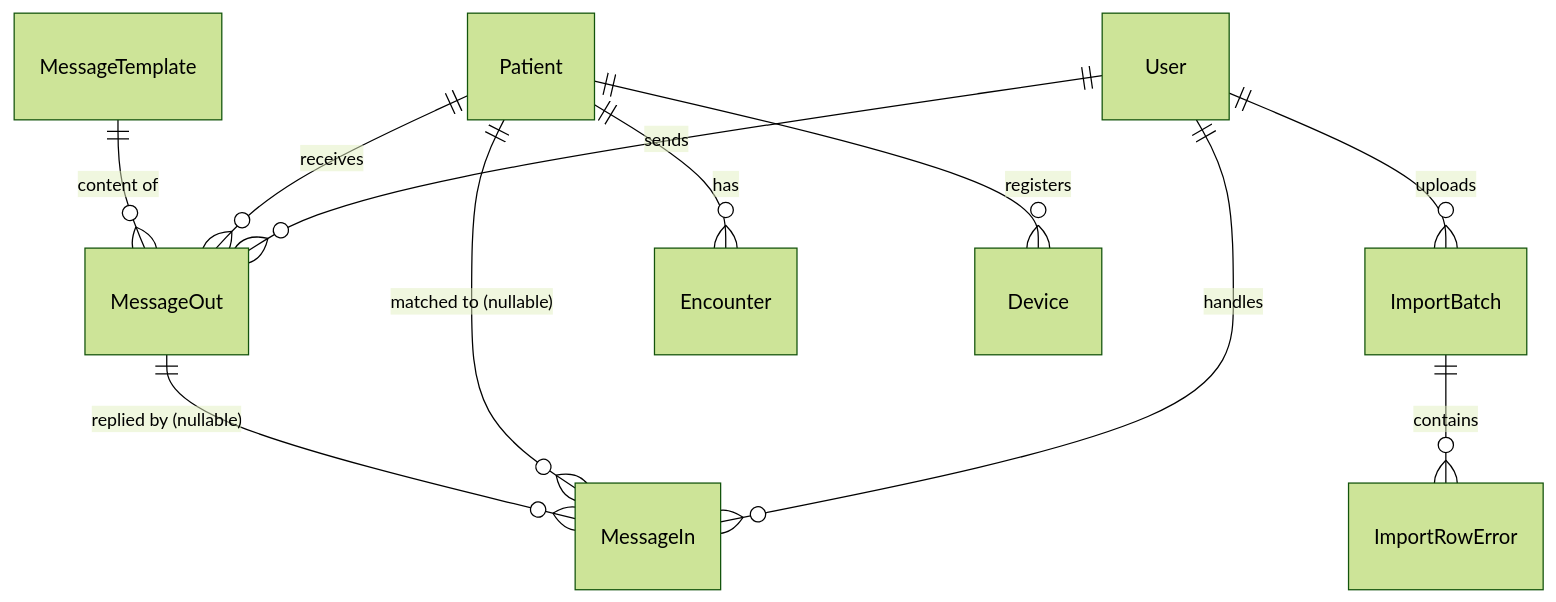
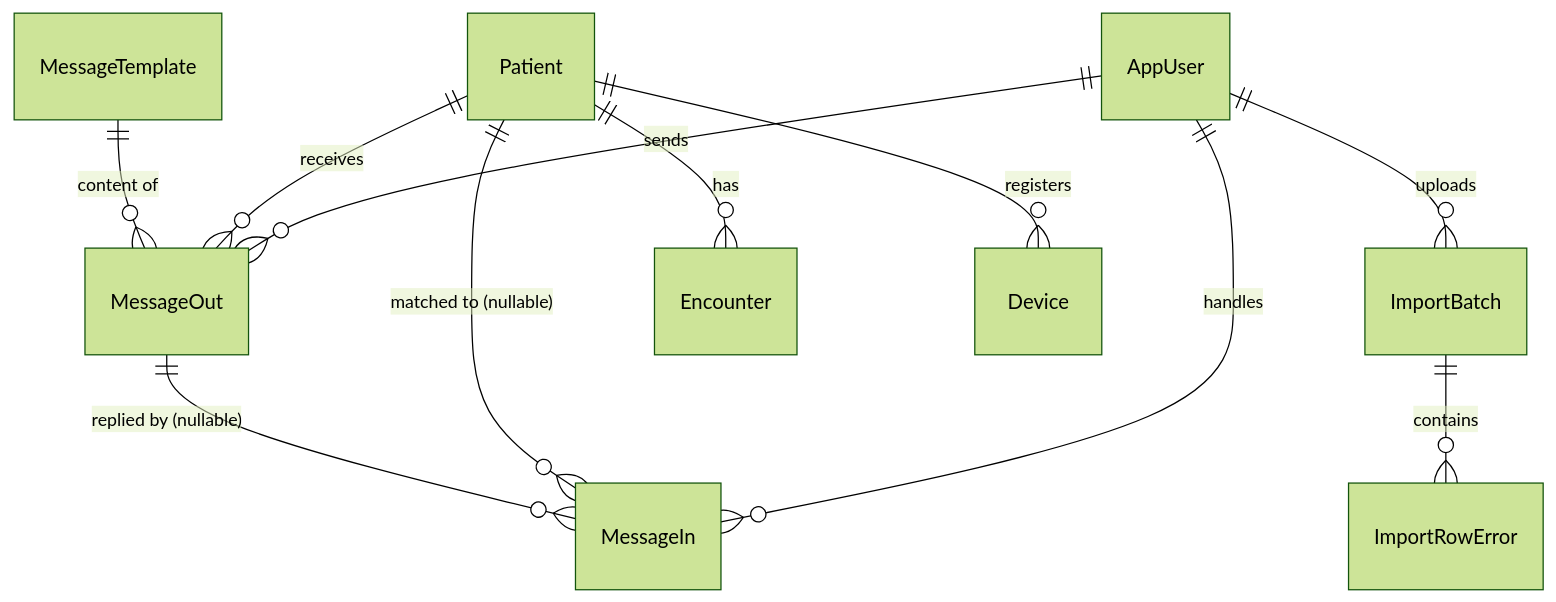
Before and after one commit to andyaaron/sona: the diagram in docs/data-model.md, drawn with Mermaid (forest theme). The commit also changed other lines of this file and 1 other file, not shown here.

````diff
--- a/docs/data-model.md
+++ b/docs/data-model.md
@@ -214,13 +214,13 @@
 ```mermaid
 erDiagram
-    User ||--o{ MessageOut : sends
-    User ||--o{ ImportBatch : uploads
-    User ||--o{ MessageIn : handles
+    AppUser ||--o{ MessageOut : sends
+    AppUser ||--o{ ImportBatch : uploads
+    AppUser ||--o{ MessageIn : handles
     Patient ||--o{ MessageOut : receives
     Patient ||--o{ MessageIn : "matched to (nullable)"
     Patient ||--o{ Encounter : has
     Patient ||--o{ Device : registers
     MessageTemplate ||--o{ MessageOut : "content of"
     MessageOut ||--o{ MessageIn : "replied by (nullable)"
     ImportBatch ||--o{ ImportRowError : contains
 ```
````
